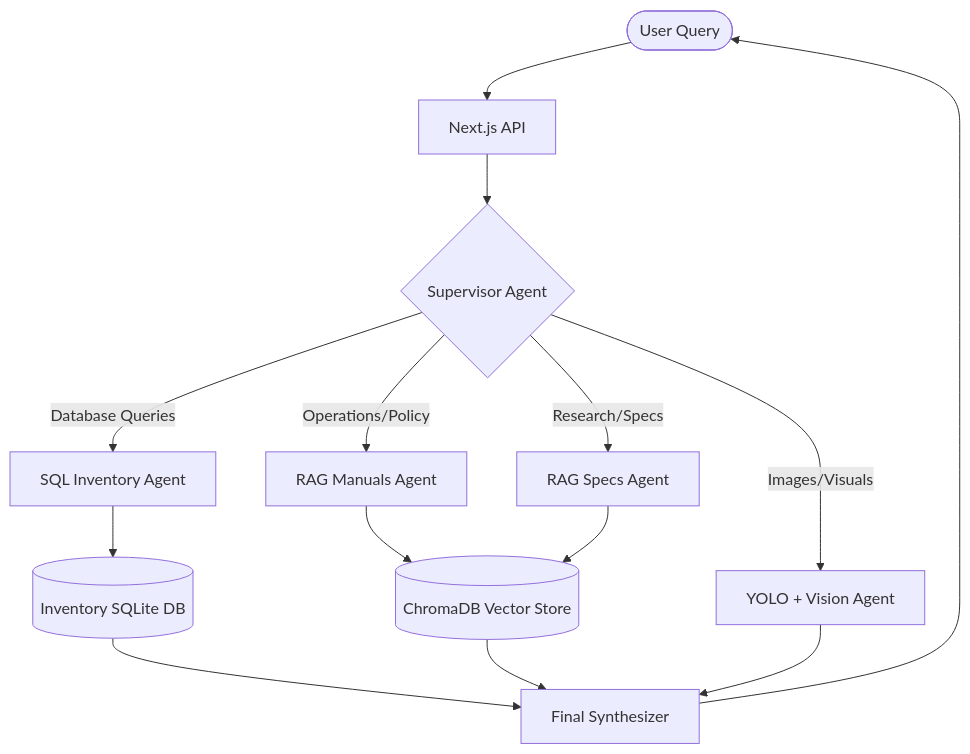
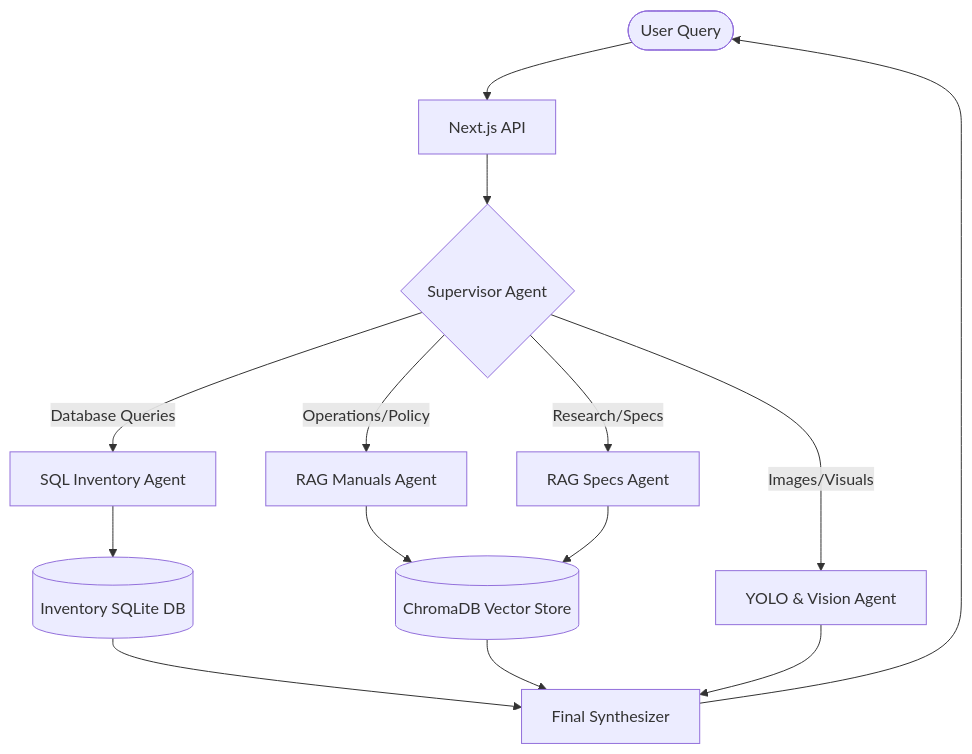
Before and after one commit to SatyaKesavaKorlapati/A-Ware-AI-System: the diagram in README.md, drawn with Mermaid. The commit also changed 20 other files, not shown here.

Commit message:
fix: mermaid rendering bug

````diff
--- a/README.md
+++ b/README.md
@@ -64,20 +64,20 @@
 ```mermaid
 graph TD
-    User([User Query]) --> API[Next.js API]
-    API --> Supervisor{Supervisor Agent}
+    User(["User Query"]) --> API["Next.js API"]
+    API --> Supervisor{"Supervisor Agent"}
     
-    Supervisor -->|Database Queries| SQLAgent[SQL Inventory Agent]
-    Supervisor -->|Operations/Policy| RAGManuals[RAG Manuals Agent]
-    Supervisor -->|Research/Specs| RAGSpecs[RAG Specs Agent]
-    Supervisor -->|Images/Visuals| VisionAgent[YOLO + Vision Agent]
+    Supervisor -->|"Database Queries"| SQLAgent["SQL Inventory Agent"]
+    Supervisor -->|"Operations/Policy"| RAGManuals["RAG Manuals Agent"]
+    Supervisor -->|"Research/Specs"| RAGSpecs["RAG Specs Agent"]
+    Supervisor -->|"Images/Visuals"| VisionAgent["YOLO & Vision Agent"]
     
-    SQLAgent --> SQLite[(Inventory SQLite DB)]
-    RAGManuals --> Chroma[(ChromaDB Vector Store)]
+    SQLAgent --> SQLite[("Inventory SQLite DB")]
+    RAGManuals --> Chroma[("ChromaDB Vector Store")]
     RAGSpecs --> Chroma
     
-    SQLite --> Synthesizer[Final Synthesizer]
+    SQLite --> Synthesizer["Final Synthesizer"]
     Chroma --> Synthesizer
     VisionAgent --> Synthesizer
     
     Synthesizer --> User
 ```
````
